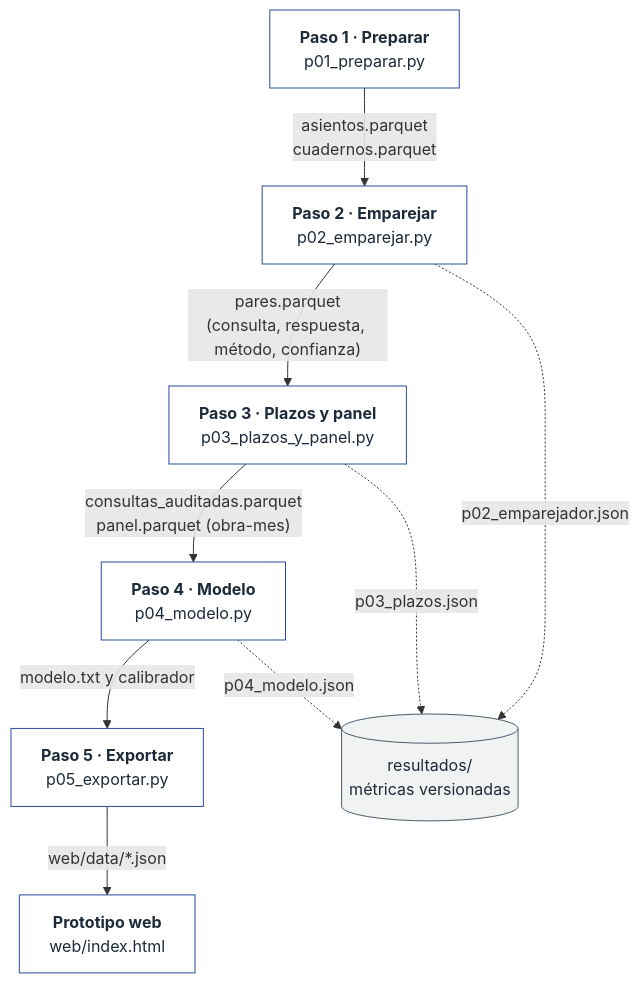
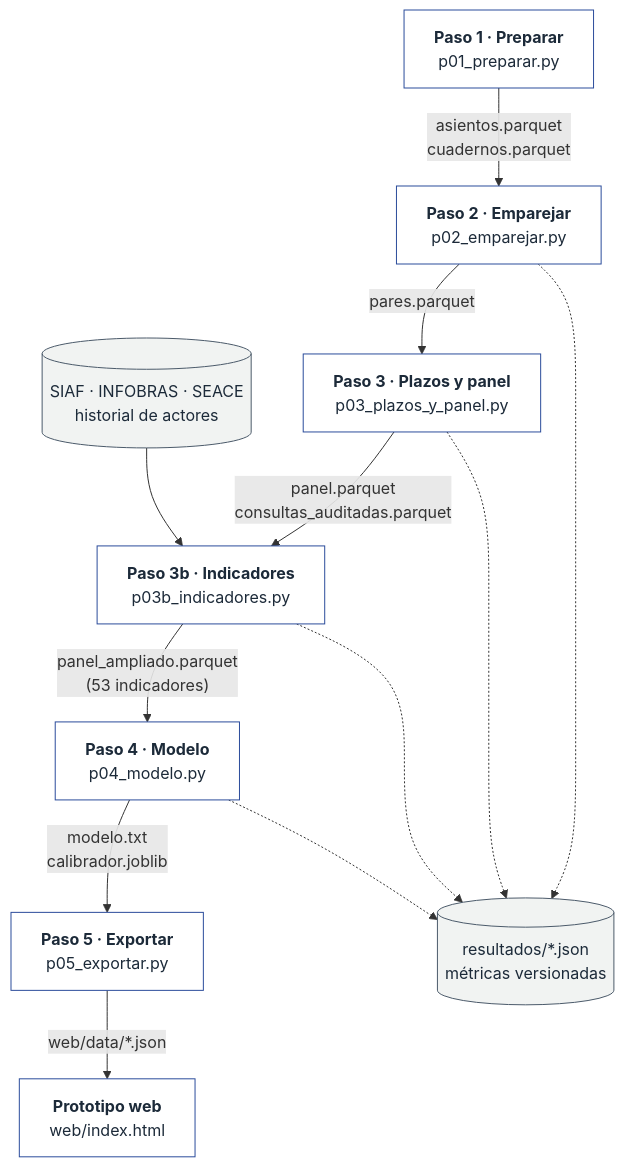
The diagram in diagramas/d04_pipeline.mmd (OwerLopez/caja-negra-obras), drawn with Mermaid before and after one commit. The commit also changed 37 other files, not shown here.

```diff
--- a/diagramas/d04_pipeline.mmd
+++ b/diagramas/d04_pipeline.mmd
@@ -1,13 +1,16 @@
 flowchart TB
   a["<b>Paso 1 · Preparar</b><br/>p01_preparar.py"] -->|"asientos.parquet<br/>cuadernos.parquet"| b["<b>Paso 2 · Emparejar</b><br/>p02_emparejar.py"]
-  b -->|"pares.parquet<br/>(consulta, respuesta, método, confianza)"| c["<b>Paso 3 · Plazos y panel</b><br/>p03_plazos_y_panel.py"]
-  c -->|"consultas_auditadas.parquet<br/>panel.parquet (obra-mes)"| d["<b>Paso 4 · Modelo</b><br/>p04_modelo.py"]
-  d -->|"modelo.txt y calibrador"| e["<b>Paso 5 · Exportar</b><br/>p05_exportar.py"]
+  b -->|"pares.parquet"| c["<b>Paso 3 · Plazos y panel</b><br/>p03_plazos_y_panel.py"]
+  c -->|"panel.parquet<br/>consultas_auditadas.parquet"| c2["<b>Paso 3b · Indicadores</b><br/>p03b_indicadores.py"]
+  x[("SIAF · INFOBRAS · SEACE<br/>historial de actores")] --> c2
+  c2 -->|"panel_ampliado.parquet<br/>(53 indicadores)"| d["<b>Paso 4 · Modelo</b><br/>p04_modelo.py"]
+  d -->|"modelo.txt<br/>calibrador.joblib"| e["<b>Paso 5 · Exportar</b><br/>p05_exportar.py"]
   e -->|"web/data/*.json"| f["<b>Prototipo web</b><br/>web/index.html"]
-  b -.->|"p02_emparejador.json"| r[("resultados/<br/>métricas versionadas")]
-  c -.->|"p03_plazos.json"| r
-  d -.->|"p04_modelo.json"| r
+  b -.-> r[("resultados/*.json<br/>métricas versionadas")]
+  c -.-> r
+  c2 -.-> r
+  d -.-> r
   classDef paso fill:#ffffff,stroke:#2b4c9b,color:#1c2a39
   classDef res fill:#f1f3f2,stroke:#4b5a6a,color:#1c2a39
-  class a,b,c,d,e,f paso
-  class r res
+  class a,b,c,c2,d,e,f paso
+  class r,x res
```
